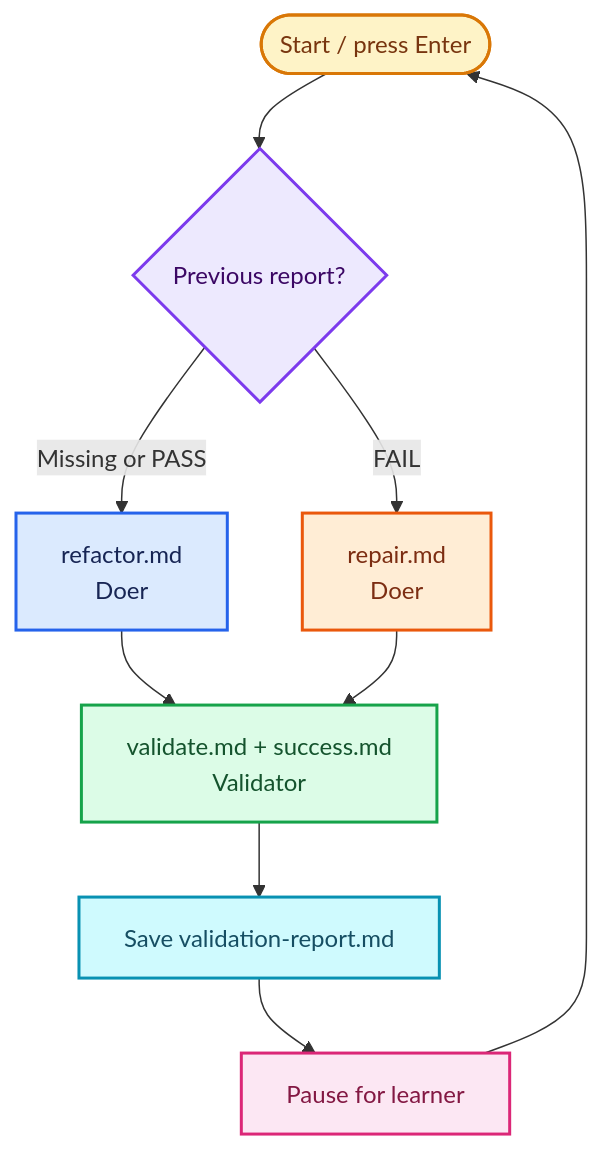
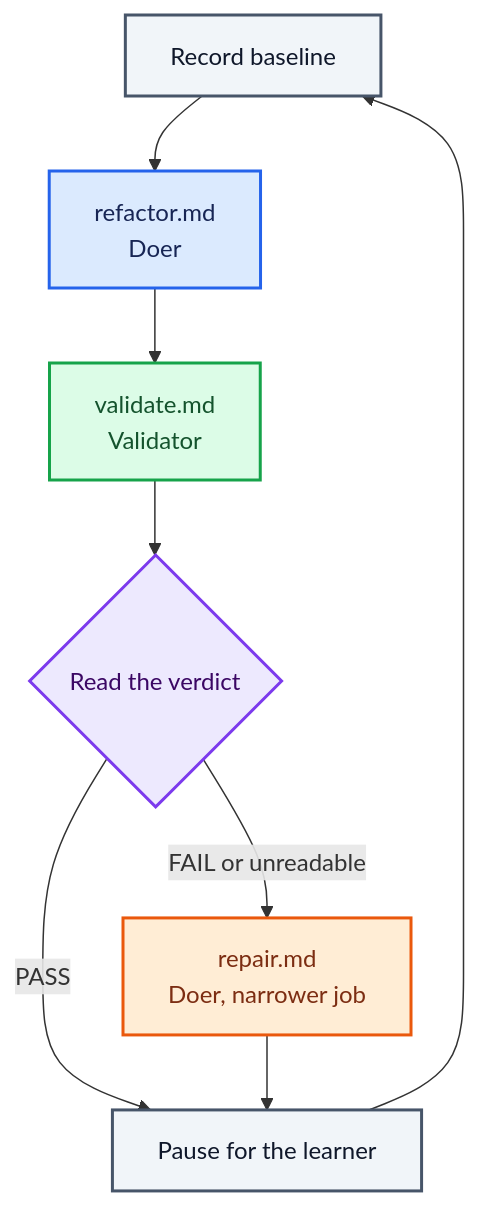
One commit to lean-software-production/software-factory-tutorial changed the diagram in docs/specs/006-route-failed-verdicts-to-repair.md. Above: the diagram before and after it, drawn with Mermaid. The commit also changed other lines of this file, not shown here.

````diff
--- a/docs/specs/006-route-failed-verdicts-to-repair.md
+++ b/docs/specs/006-route-failed-verdicts-to-repair.md
@@ -15,26 +18,21 @@
 ```mermaid
 flowchart TD
-    Start([Start / press Enter]) --> Previous{Previous report?}
-    Previous -- Missing or PASS --> Refactor[refactor.md\nDoer]
-    Previous -- FAIL --> Repair[repair.md\nDoer]
-    Refactor --> Validator[validate.md + success.md\nValidator]
-    Repair --> Validator
-    Validator --> Save[Save validation-report.md]
-    Save --> Pause[Pause for learner]
-    Pause --> Start
+    Baseline[Record baseline] --> Doer[refactor.md\nDoer]
+    Doer --> Validator[validate.md\nValidator]
+    Validator --> Verdict{Read the verdict}
+    Verdict -- PASS --> Pause[Pause for the learner]
+    Verdict -- FAIL or unreadable --> Repair[repair.md\nDoer, narrower job]
+    Repair --> Pause
+    Pause --> Baseline
 
-    classDef start fill:#fef3c7,stroke:#d97706,color:#78350f,stroke-width:2px
-    classDef decision fill:#ede9fe,stroke:#7c3aed,color:#3b0764,stroke-width:2px
     classDef doer fill:#dbeafe,stroke:#2563eb,color:#172554,stroke-width:2px
     classDef repair fill:#ffedd5,stroke:#ea580c,color:#7c2d12,stroke-width:2px
     classDef validator fill:#dcfce7,stroke:#16a34a,color:#14532d,stroke-width:2px
-    classDef save fill:#cffafe,stroke:#0891b2,color:#164e63,stroke-width:2px
-    classDef pause fill:#fce7f3,stroke:#db2777,color:#831843,stroke-width:2px
-    class Start start
-    class Previous decision
-    class Refactor doer
+    classDef decision fill:#ede9fe,stroke:#7c3aed,color:#3b0764,stroke-width:2px
+    classDef plain fill:#f1f5f9,stroke:#475569,color:#0f172a,stroke-width:2px
+    class Doer doer
     class Repair repair
     class Validator validator
-    class Save save
-    class Pause pause
+    class Verdict decision
+    class Baseline,Pause plain
 ```
````
